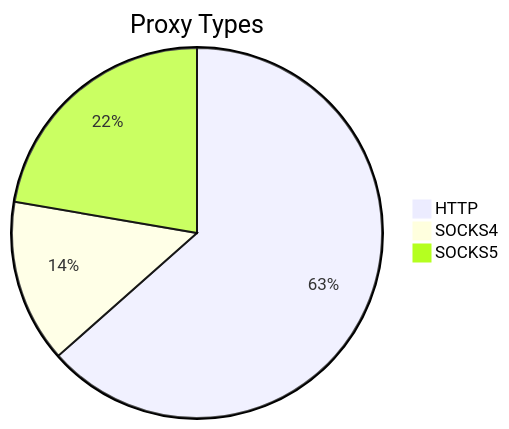
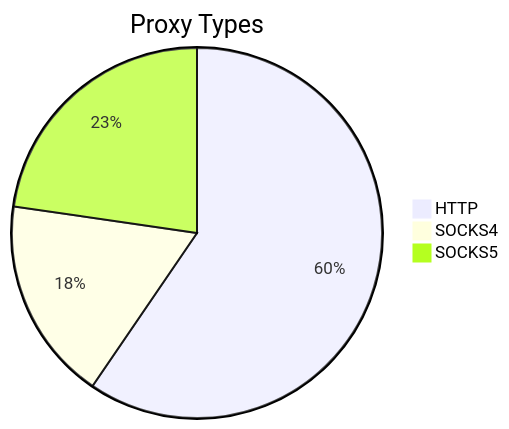
Before and after one commit to stormsia/proxy-list: the first of 2 diagrams in README.md, drawn with Mermaid. The commit also changed other lines of this file, not shown here.

````diff
--- a/README.md
+++ b/README.md
@@ -21,6 +21,6 @@
 ```mermaid
 pie title Proxy Types
-    "HTTP" : 205
-    "SOCKS4" : 46
-    "SOCKS5" : 72
+    "HTTP" : 409
+    "SOCKS4" : 122
+    "SOCKS5" : 156
 ```
````
